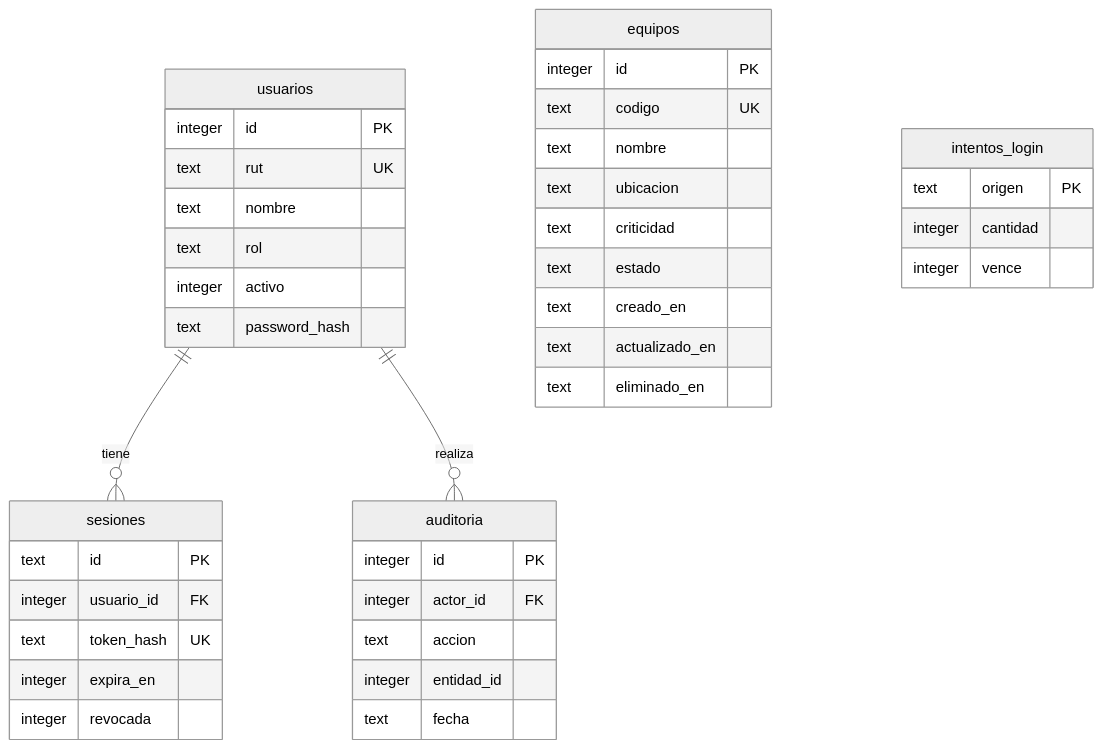
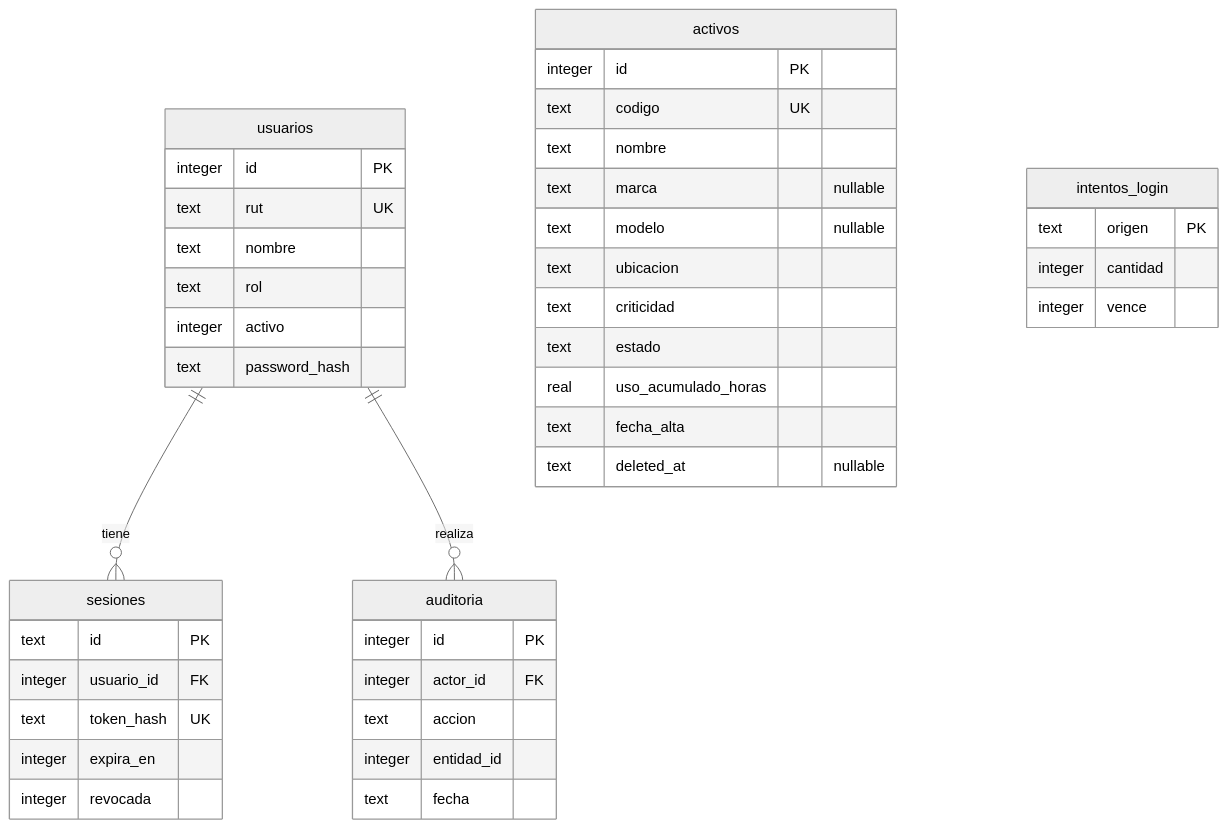
One commit to frduartey-collab/SistemaAndinaSA changed the diagram in docs/sprint-1/03-modelo-datos/modelo-ER.md. Above: the diagram before and after it, drawn with Mermaid (neutral theme). The commit also changed other lines of this file and 27 other files, not shown here.

````diff
--- a/docs/sprint-1/03-modelo-datos/modelo-ER.md
+++ b/docs/sprint-1/03-modelo-datos/modelo-ER.md
@@ -5,43 +5,45 @@
 ```mermaid
 erDiagram
   usuarios ||--o{ sesiones : tiene
   usuarios ||--o{ auditoria : realiza
   usuarios {
     integer id PK
     text rut UK
     text nombre
     text rol
     integer activo
     text password_hash
   }
   sesiones {
     text id PK
     integer usuario_id FK
     text token_hash UK
     integer expira_en
     integer revocada
   }
-  equipos {
+  activos {
     integer id PK
     text codigo UK
     text nombre
+    text marca "nullable"
+    text modelo "nullable"
     text ubicacion
     text criticidad
     text estado
-    text creado_en
-    text actualizado_en
-    text eliminado_en
+    real uso_acumulado_horas
+    text fecha_alta
+    text deleted_at "nullable"
   }
   auditoria {
     integer id PK
     integer actor_id FK
     text accion
     integer entidad_id
     text fecha
   }
   intentos_login {
     text origen PK
     integer cantidad
     integer vence
   }
 ```
````
